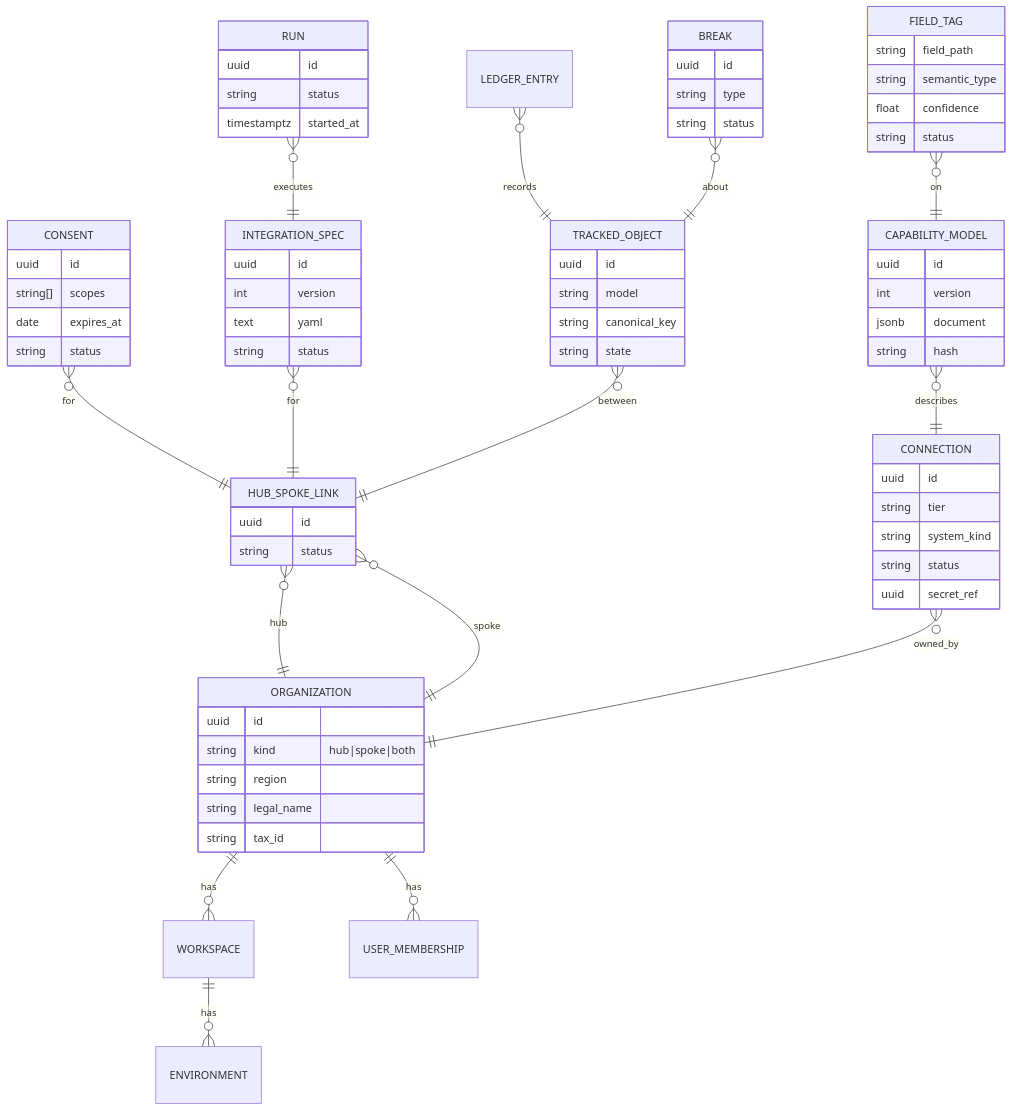
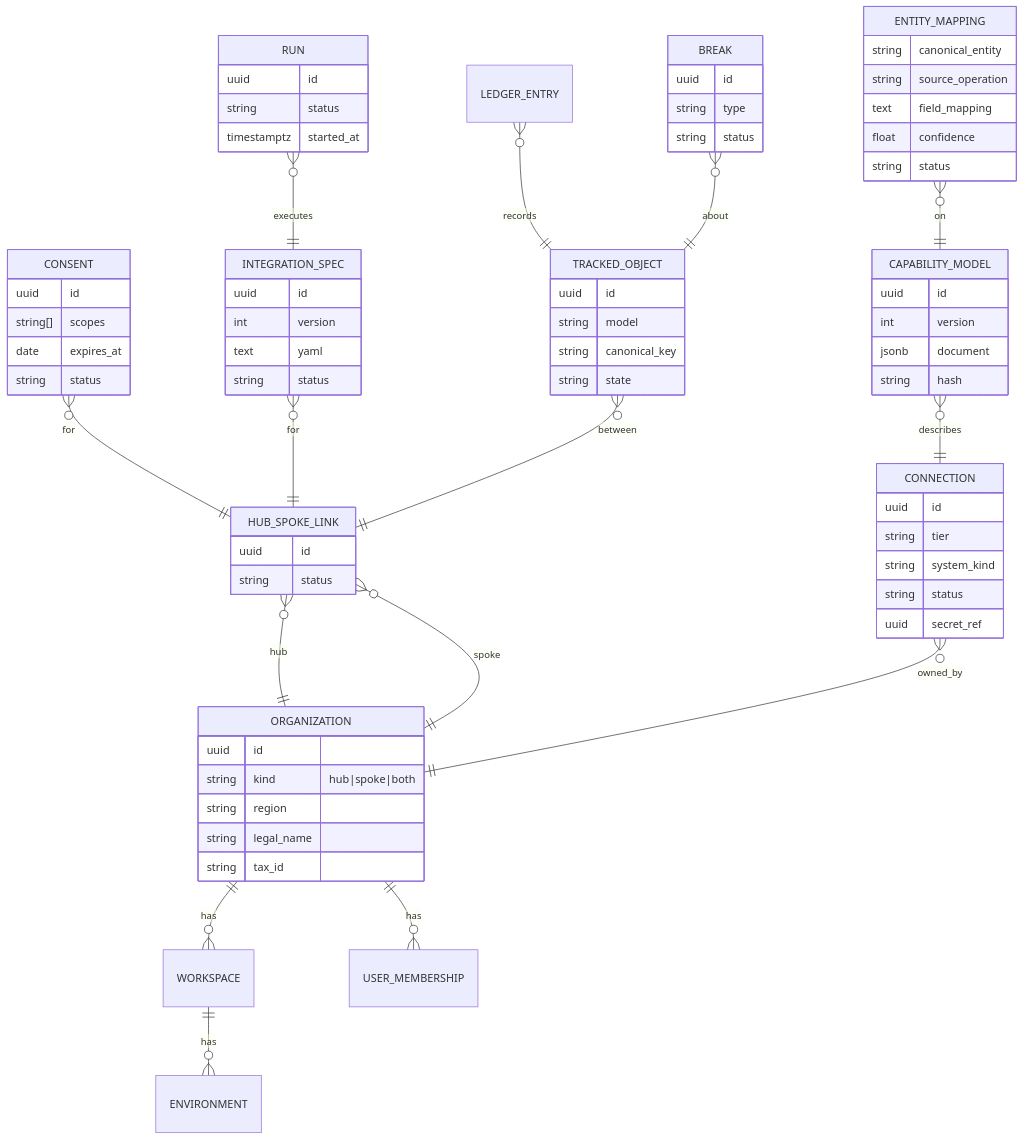
One commit to khaledibrahim1015/repo-evalv2 changed the third of 5 diagrams in integration/prd/02-architecture.md. Above: the diagram before and after it, drawn with Mermaid. The commit also changed other lines of this file and 6 other files, not shown here.

````diff
--- a/integration/prd/02-architecture.md
+++ b/integration/prd/02-architecture.md
@@ -223,27 +223,27 @@
 ```mermaid
 erDiagram
   ORGANIZATION ||--o{ WORKSPACE : has
   ORGANIZATION { uuid id string kind "hub|spoke|both" string region string legal_name string tax_id }
   WORKSPACE ||--o{ ENVIRONMENT : has
   ORGANIZATION ||--o{ USER_MEMBERSHIP : has
   HUB_SPOKE_LINK }o--|| ORGANIZATION : hub
   HUB_SPOKE_LINK }o--|| ORGANIZATION : spoke
   HUB_SPOKE_LINK { uuid id string status }
   CONSENT }o--|| HUB_SPOKE_LINK : for
   CONSENT { uuid id string[] scopes date expires_at string status }
   CONNECTION }o--|| ORGANIZATION : owned_by
   CONNECTION { uuid id string tier string system_kind string status uuid secret_ref }
   CAPABILITY_MODEL }o--|| CONNECTION : describes
   CAPABILITY_MODEL { uuid id int version jsonb document string hash }
-  FIELD_TAG }o--|| CAPABILITY_MODEL : on
-  FIELD_TAG { string field_path string semantic_type float confidence string status }
+  ENTITY_MAPPING }o--|| CAPABILITY_MODEL : on
+  ENTITY_MAPPING { string canonical_entity string source_operation text field_mapping float confidence string status }
   INTEGRATION_SPEC }o--|| HUB_SPOKE_LINK : for
   INTEGRATION_SPEC { uuid id int version text yaml string status }
   RUN }o--|| INTEGRATION_SPEC : executes
   RUN { uuid id string status timestamptz started_at }
   TRACKED_OBJECT }o--|| HUB_SPOKE_LINK : between
   TRACKED_OBJECT { uuid id string model string canonical_key string state }
   LEDGER_ENTRY }o--|| TRACKED_OBJECT : records
   BREAK }o--|| TRACKED_OBJECT : about
   BREAK { uuid id string type string status }
 ```
````
